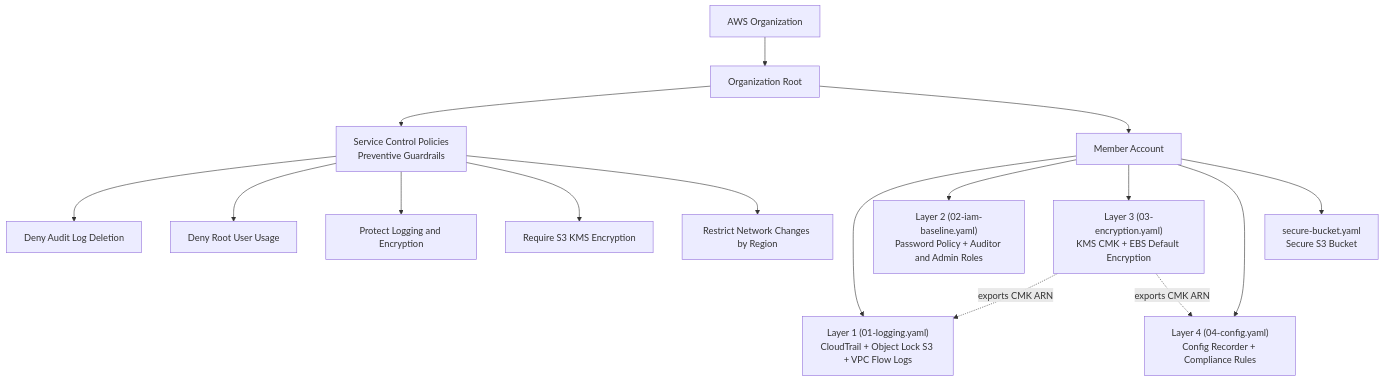
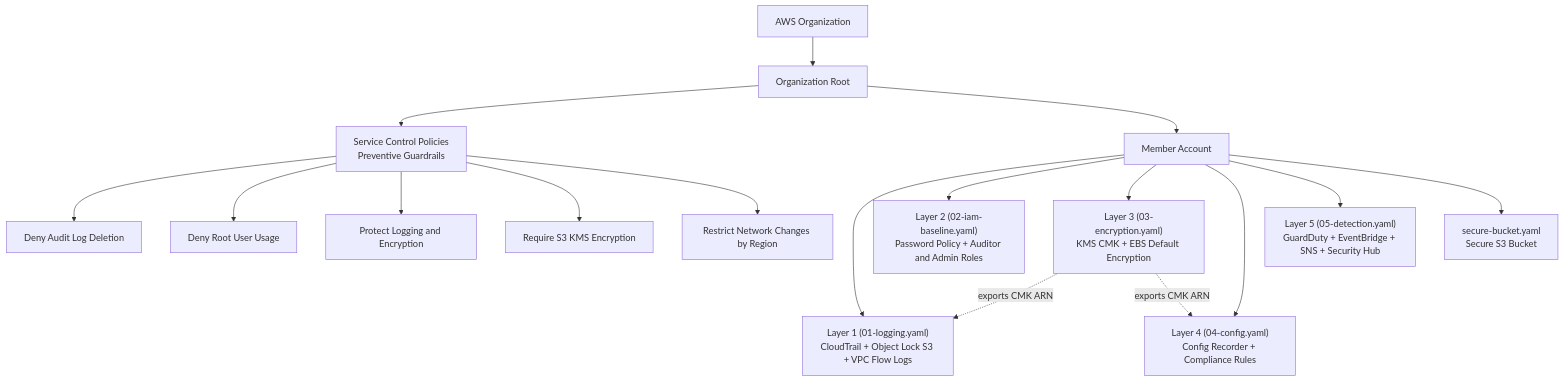
The diagram in README.md (0xBahalaNa/aws-compliance-as-code), drawn with Mermaid before and after one commit. The commit also changed other lines of this file and 2 other files, not shown here.

First line of the commit message:
feat: Layer 5 — GuardDuty + EventBridge + SNS + Security Hub (NIST 800-53) (#15)

````diff
--- a/README.md
+++ b/README.md
@@ -17,18 +17,19 @@
 ```mermaid
 graph TD
     A[AWS Organization] --> B[Organization Root]
     B --> SCP["Service Control Policies<br/>Preventive Guardrails"]
     SCP --> S1["Deny Audit Log Deletion"]
     SCP --> S2["Deny Root User Usage"]
     SCP --> S3["Protect Logging and Encryption"]
     SCP --> S4["Require S3 KMS Encryption"]
     SCP --> S5["Restrict Network Changes by Region"]
     B --> ACC["Member Account"]
     ACC --> L1["Layer 1 (01-logging.yaml)<br/>CloudTrail + Object Lock S3 + VPC Flow Logs"]
     ACC --> L2["Layer 2 (02-iam-baseline.yaml)<br/>Password Policy + Auditor and Admin Roles"]
     ACC --> L3["Layer 3 (03-encryption.yaml)<br/>KMS CMK + EBS Default Encryption"]
     ACC --> L4["Layer 4 (04-config.yaml)<br/>Config Recorder + Compliance Rules"]
+    ACC --> L5["Layer 5 (05-detection.yaml)<br/>GuardDuty + EventBridge + SNS + Security Hub"]
     ACC --> SB["secure-bucket.yaml<br/>Secure S3 Bucket"]
     L3 -. exports CMK ARN .-> L1
     L3 -. exports CMK ARN .-> L4
 ```
````
